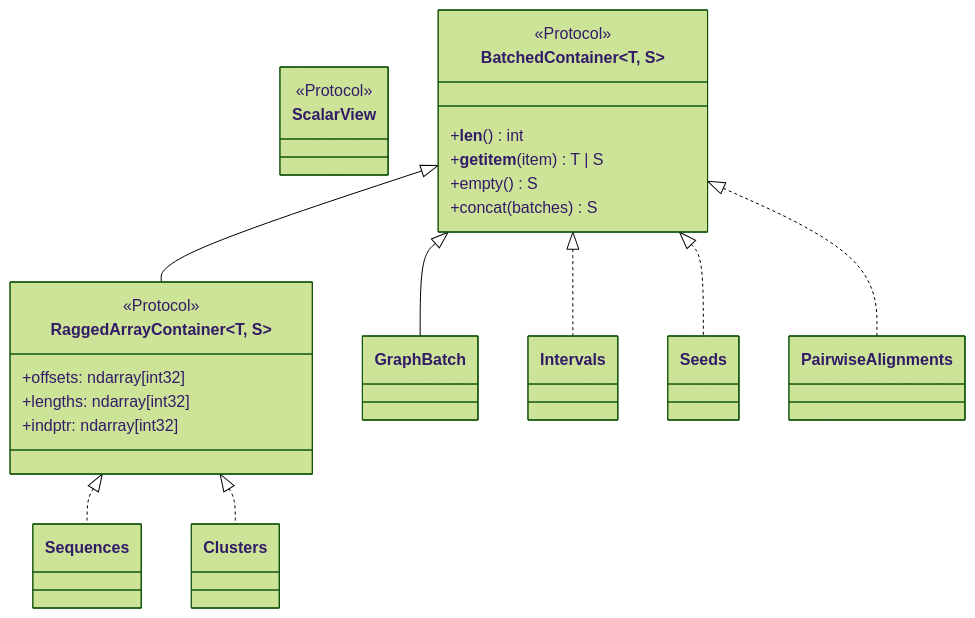
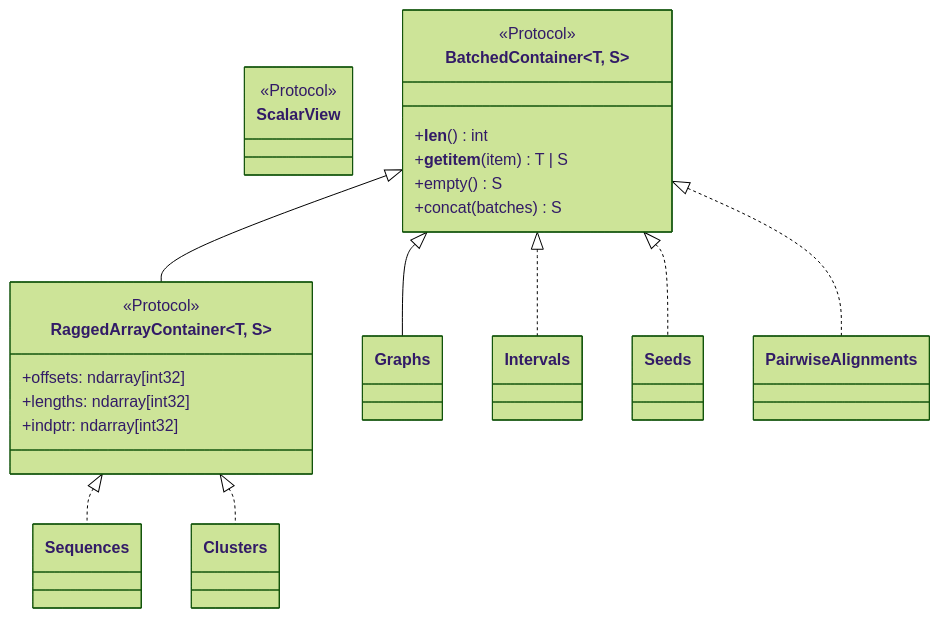
One commit to SeroVerse/SeroVerse changed the diagram in docs/architecture.md. Above: the diagram before and after it, drawn with Mermaid (forest theme). The commit also changed other lines of this file and 10 other files, not shown here.

````diff
--- a/docs/architecture.md
+++ b/docs/architecture.md
@@ -35,26 +35,26 @@
 ```mermaid
 classDiagram
     class ScalarView {
         <<Protocol>>
     }
     class BatchedContainer~T, S~ {
         <<Protocol>>
         +__len__() int
         +__getitem__(item) T | S
         +empty() S
         +concat(batches) S
     }
     class RaggedArrayContainer~T, S~ {
         <<Protocol>>
         +offsets: ndarray[int32]
         +lengths: ndarray[int32]
         +indptr: ndarray[int32]
     }
     BatchedContainer <|-- RaggedArrayContainer
-    BatchedContainer <|-- GraphBatch
+    BatchedContainer <|-- Graphs
     BatchedContainer <|.. Intervals
     BatchedContainer <|.. Seeds
     BatchedContainer <|.. PairwiseAlignments
     RaggedArrayContainer <|.. Sequences
     RaggedArrayContainer <|.. Clusters
 ```
````
